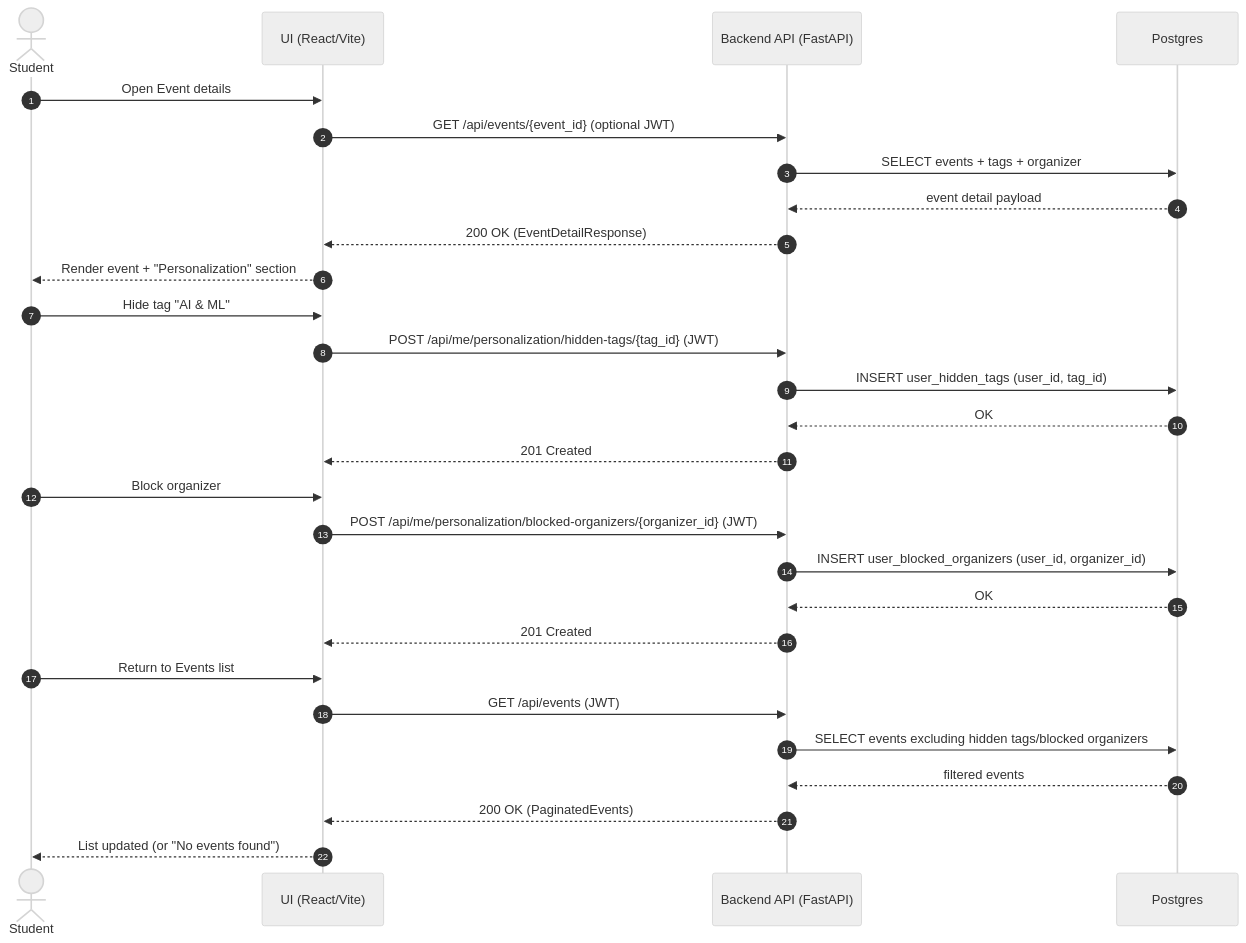
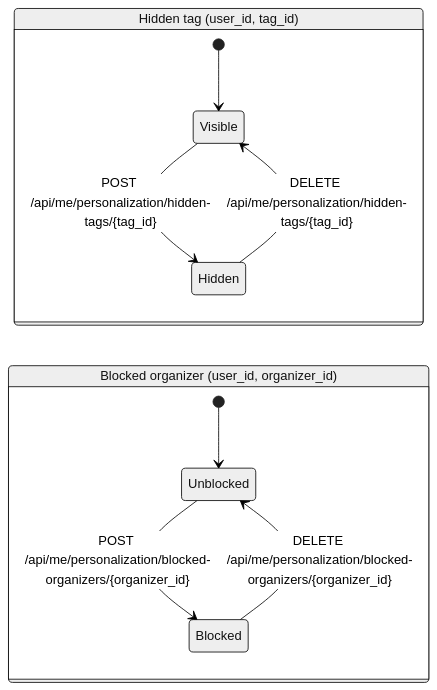
One commit to Prekzursil/event-link changed the third of 3 diagrams in docs/uml.md. Above: the diagram before and after it, drawn with Mermaid (neutral theme). The commit also changed other lines of this file, not shown here.

Commit message:
chore: switch uml docs to state machines

````diff
--- a/docs/uml.md
+++ b/docs/uml.md
@@ -238,34 +229,16 @@
 ```mermaid
-sequenceDiagram
-autonumber
-actor Student
-participant UI as UI (React/Vite)
-participant API as Backend API (FastAPI)
-participant DB as Postgres
+stateDiagram-v2
+direction LR
 
-Student->>UI: Open Event details
-UI->>API: GET /api/events/{event_id} (optional JWT)
-API->>DB: SELECT events + tags + organizer
-DB-->>API: event detail payload
-API-->>UI: 200 OK (EventDetailResponse)
-UI-->>Student: Render event + "Personalization" section
+state "Hidden tag (user_id, tag_id)" as HiddenTag {
+  [*] --> Visible
+  Visible --> Hidden : POST /api/me/personalization/hidden-tags/{tag_id}
+  Hidden --> Visible : DELETE /api/me/personalization/hidden-tags/{tag_id}
+}
 
-Student->>UI: Hide tag "AI & ML"
-UI->>API: POST /api/me/personalization/hidden-tags/{tag_id} (JWT)
-API->>DB: INSERT user_hidden_tags (user_id, tag_id)
-DB-->>API: OK
-API-->>UI: 201 Created
-
-Student->>UI: Block organizer
-UI->>API: POST /api/me/personalization/blocked-organizers/{organizer_id} (JWT)
-API->>DB: INSERT user_blocked_organizers (user_id, organizer_id)
-DB-->>API: OK
-API-->>UI: 201 Created
-
-Student->>UI: Return to Events list
-UI->>API: GET /api/events (JWT)
-API->>DB: SELECT events excluding hidden tags/blocked organizers
-DB-->>API: filtered events
-API-->>UI: 200 OK (PaginatedEvents)
-UI-->>Student: List updated (or "No events found")
+state "Blocked organizer (user_id, organizer_id)" as BlockedOrganizer {
+  [*] --> Unblocked
+  Unblocked --> Blocked : POST /api/me/personalization/blocked-organizers/{organizer_id}
+  Blocked --> Unblocked : DELETE /api/me/personalization/blocked-organizers/{organizer_id}
+}
 ```
````
